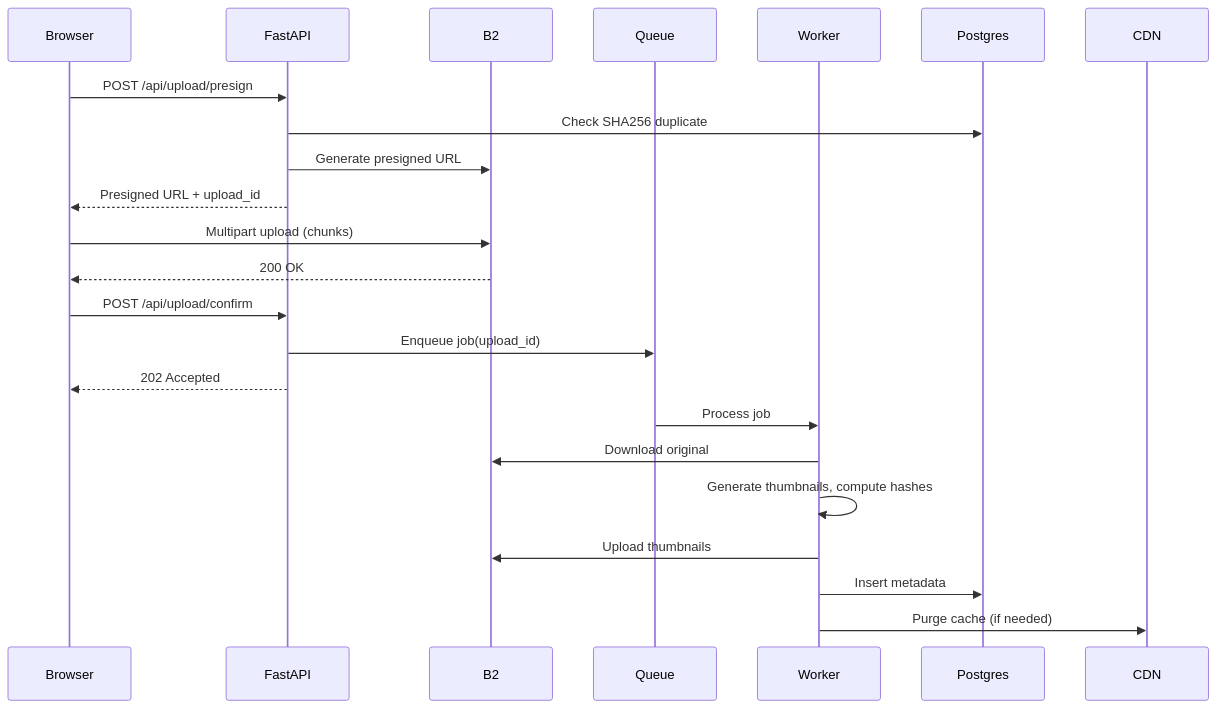
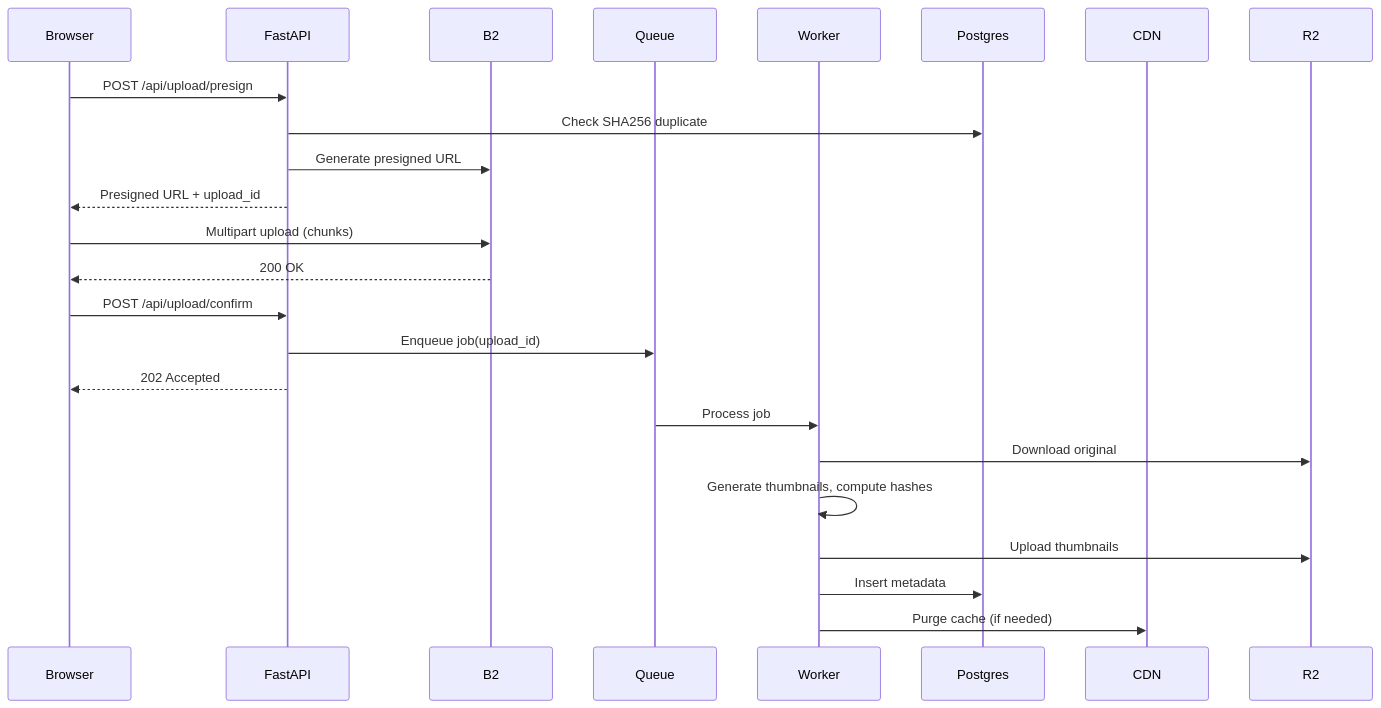
Before and after one commit to bhargavkumar1612/photoBomb: the first of 3 diagrams in docs/architecture/system_architecture.md, drawn with Mermaid. The commit also changed other lines of this file and 45 other files, not shown here.

````diff
--- a/docs/architecture/system_architecture.md
+++ b/docs/architecture/system_architecture.md
@@ -73,26 +72,26 @@
 ```mermaid
 sequenceDiagram
     participant Browser
     participant FastAPI
     participant B2
     participant Queue
     participant Worker
     participant Postgres
     participant CDN
 
     Browser->>FastAPI: POST /api/upload/presign
     FastAPI->>Postgres: Check SHA256 duplicate
     FastAPI->>B2: Generate presigned URL
     FastAPI-->>Browser: Presigned URL + upload_id
     Browser->>B2: Multipart upload (chunks)
     B2-->>Browser: 200 OK
     Browser->>FastAPI: POST /api/upload/confirm
     FastAPI->>Queue: Enqueue job(upload_id)
     FastAPI-->>Browser: 202 Accepted
     Queue->>Worker: Process job
-    Worker->>B2: Download original
+    Worker->>R2: Download original
     Worker->>Worker: Generate thumbnails, compute hashes
-    Worker->>B2: Upload thumbnails
+    Worker->>R2: Upload thumbnails
     Worker->>Postgres: Insert metadata
     Worker->>CDN: Purge cache (if needed)
 ```
````
